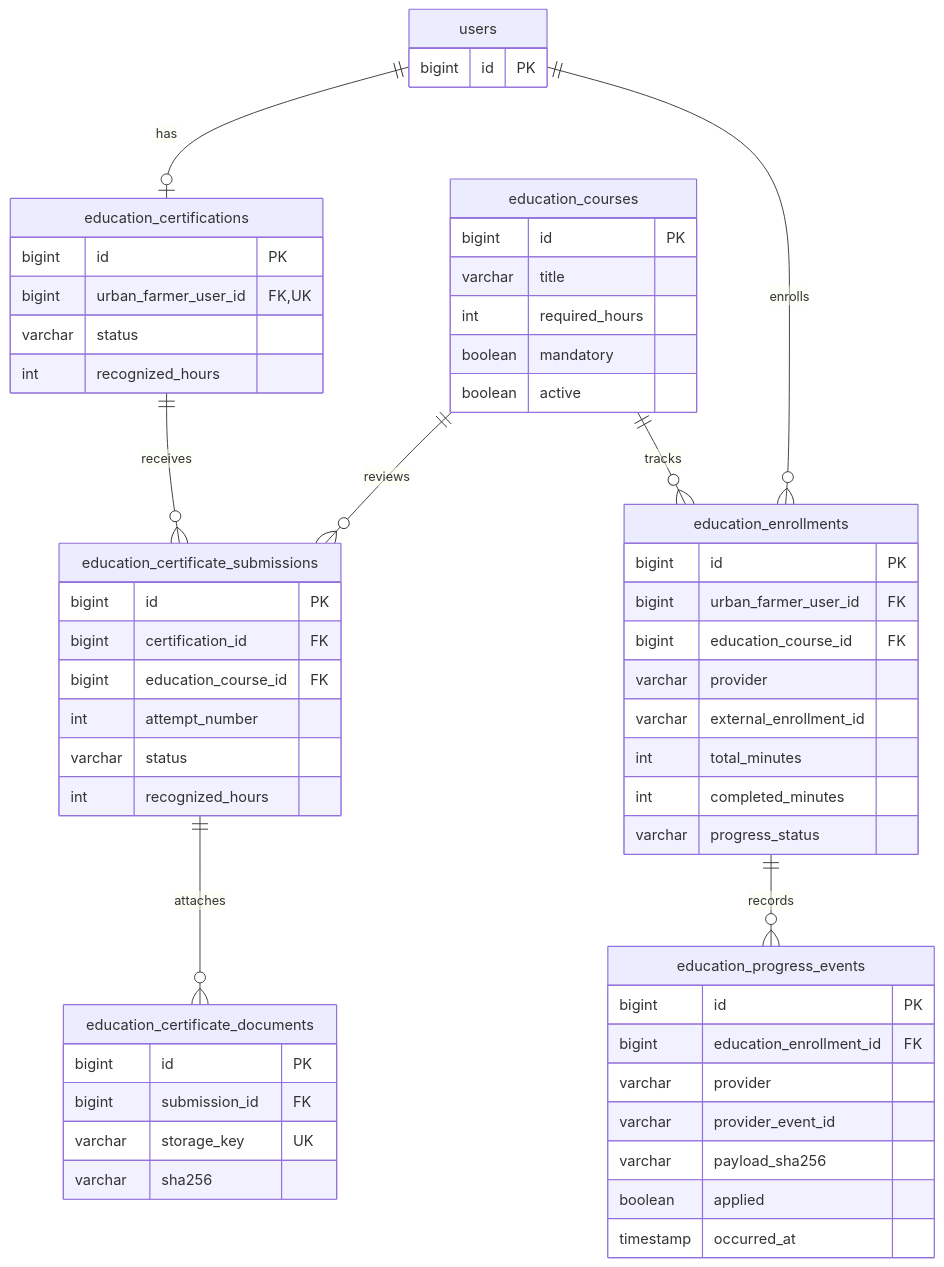
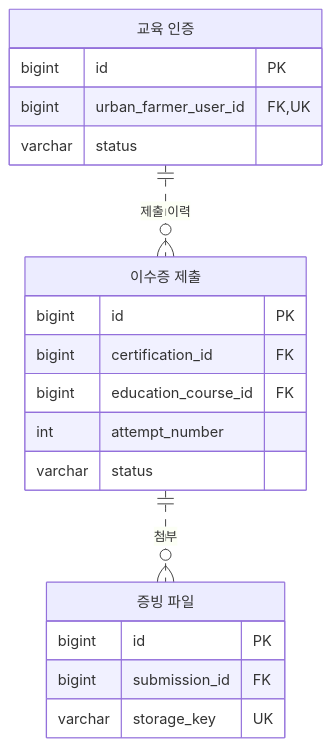
Before and after one commit to ParkChanWoo0321/CityFarmerPlus_BE: the fifth of 7 diagrams in README.md, drawn with Mermaid. The commit also changed other lines of this file, not shown here.

Commit message:
백엔드 포트폴리오 구성과 Mermaid 가독성 개선

````diff
--- a/README.md
+++ b/README.md
@@ -284,60 +225,23 @@
 ```mermaid
 erDiagram
-    users ||--o| education_certifications : has
-    education_certifications ||--o{ education_certificate_submissions : receives
-    education_courses ||--o{ education_certificate_submissions : reviews
-    education_certificate_submissions ||--o{ education_certificate_documents : attaches
-    users ||--o{ education_enrollments : enrolls
-    education_courses ||--o{ education_enrollments : tracks
-    education_enrollments ||--o{ education_progress_events : records
-
-    users {
-        bigint id PK
-    }
-    education_courses {
-        bigint id PK
-        varchar title
-        int required_hours
-        boolean mandatory
-        boolean active
-    }
-    education_certifications {
+    direction TB
+    certification["교육 인증"] {
         bigint id PK
         bigint urban_farmer_user_id FK,UK
         varchar status
-        int recognized_hours
     }
-    education_certificate_submissions {
+    submission["이수증 제출"] {
         bigint id PK
         bigint certification_id FK
         bigint education_course_id FK
         int attempt_number
         varchar status
-        int recognized_hours
     }
-    education_certificate_documents {
+    document["증빙 파일"] {
         bigint id PK
         bigint submission_id FK
         varchar storage_key UK
-        varchar sha256
     }
-    education_enrollments {
-        bigint id PK
-        bigint urban_farmer_user_id FK
-        bigint education_course_id FK
-        varchar provider
-        varchar external_enrollment_id
-        int total_minutes
-        int completed_minutes
-        varchar progress_status
-    }
-    education_progress_events {
-        bigint id PK
-        bigint education_enrollment_id FK
-        varchar provider
-        varchar provider_event_id
-        varchar payload_sha256
-        boolean applied
-        timestamp occurred_at
-    }
+    certification ||..o{ submission : "제출 이력"
+    submission ||..o{ document : "첨부"
 ```
````
